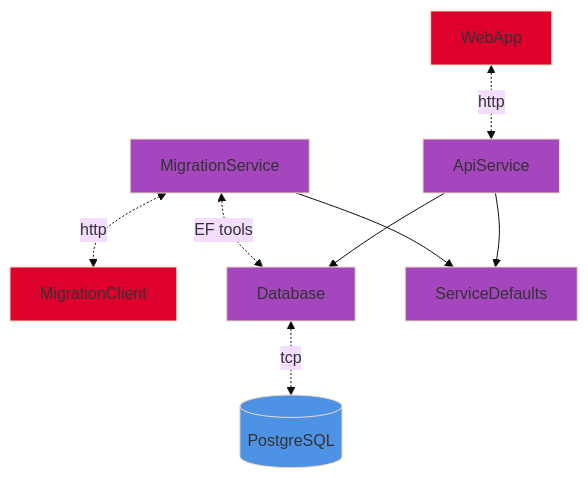
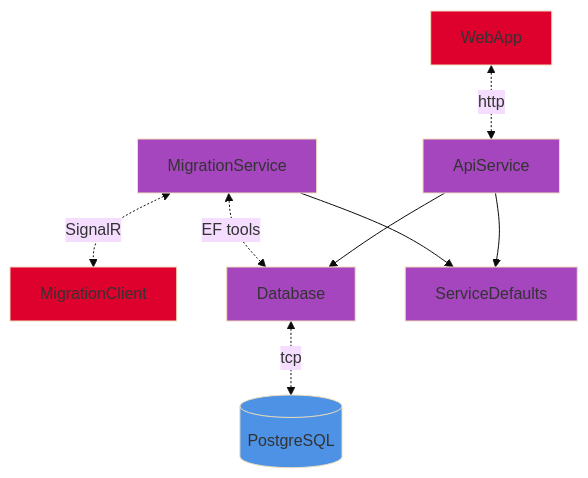
One commit to RafaMadera18/CS_Equipo4 changed the diagram in src/AstraStock/README.md. Above: the diagram before and after it, drawn with Mermaid (base theme).

Commit message:
Update main docs

````diff
--- a/src/AstraStock/README.md
+++ b/src/AstraStock/README.md
@@ -44,18 +44,18 @@
 ```mermaid
 graph TD
     style ApiService fill:#a546be
     style MigrationService fill:#a546be
     style MigrationClient fill:#de002d
     style Database fill:#a546be
     style ServiceDefaults fill:#a546be
     style WebApp fill:#de002d
     style db fill:#4e92e6
 
     ApiService --> Database
     ApiService --> ServiceDefaults
     WebApp <-.->|http| ApiService
     MigrationService --> ServiceDefaults
-    MigrationService <-.->|http| MigrationClient
+    MigrationService <-.->|SignalR| MigrationClient
     MigrationService <-.->|EF tools| Database
     Database <-.->|tcp| db[(PostgreSQL)]
 ```
````
